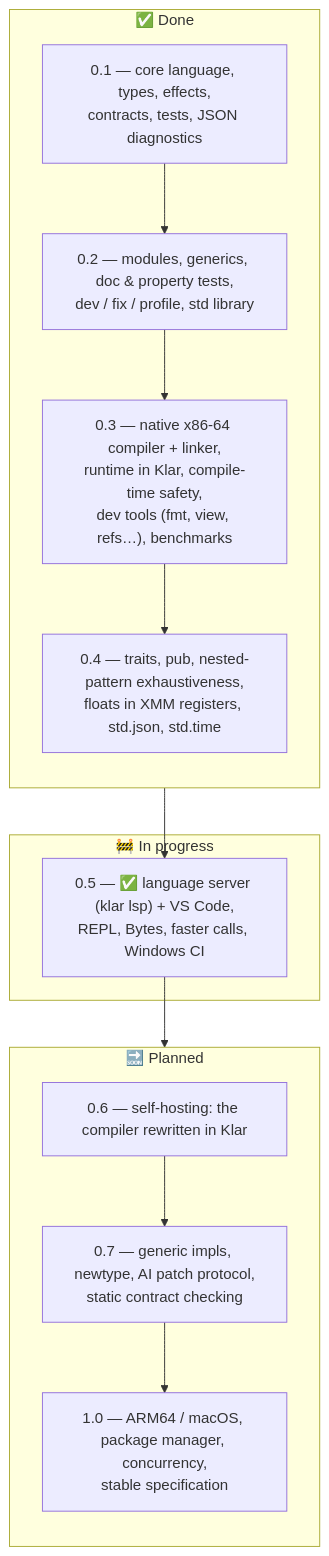
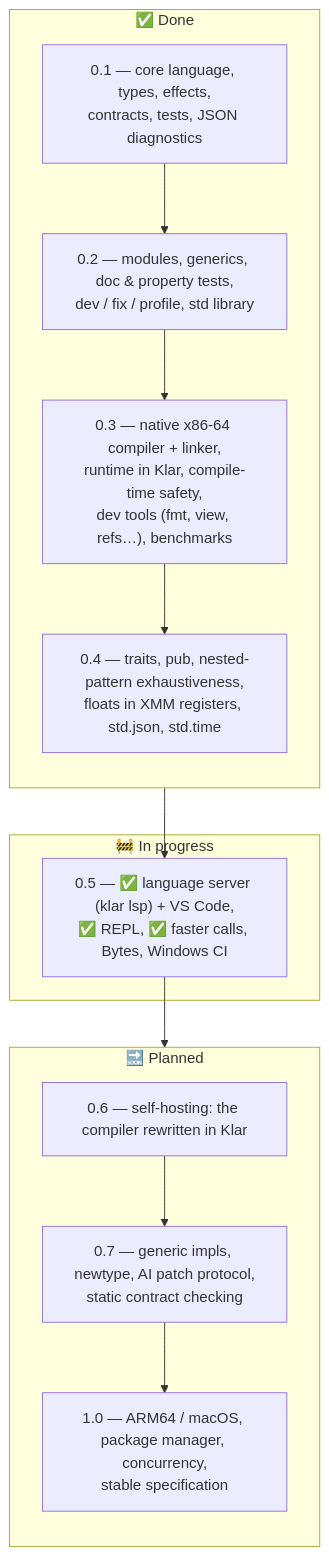
One commit to veosett/Klar changed the second of 2 diagrams in README.md. Above: the diagram before and after it, drawn with Mermaid. The commit also changed 13 other files, not shown here.

First line of the commit message:
Add klar repl; make native calls faster

````diff
--- a/README.md
+++ b/README.md
@@ -156,22 +156,22 @@
 ```mermaid
 flowchart TB
     subgraph done["✅ Done"]
         direction TB
         v01["0.1 — core language, types, effects,<br/>contracts, tests, JSON diagnostics"]
         v02["0.2 — modules, generics, doc &amp; property tests,<br/>dev / fix / profile, std library"]
         v03["0.3 — native x86-64 compiler + linker,<br/>runtime in Klar, compile-time safety,<br/>dev tools (fmt, view, refs…), benchmarks"]
         v04["0.4 — traits, pub, nested-pattern exhaustiveness,<br/>floats in XMM registers, std.json, std.time"]
         v01 --> v02 --> v03 --> v04
     end
     subgraph now["🚧 In progress"]
-        v05["0.5 — ✅ language server (klar lsp) + VS Code,<br/>REPL, Bytes, faster calls, Windows CI"]
+        v05["0.5 — ✅ language server (klar lsp) + VS Code,<br/>✅ REPL, ✅ faster calls, Bytes, Windows CI"]
     end
     subgraph next["🔜 Planned"]
         direction TB
         v06["0.6 — self-hosting: the compiler rewritten in Klar"]
         v07["0.7 — generic impls, newtype, AI patch protocol,<br/>static contract checking"]
         v10["1.0 — ARM64 / macOS, package manager, concurrency,<br/>stable specification"]
         v06 --> v07 --> v10
     end
     v04 --> v05 --> v06
 ```
````
